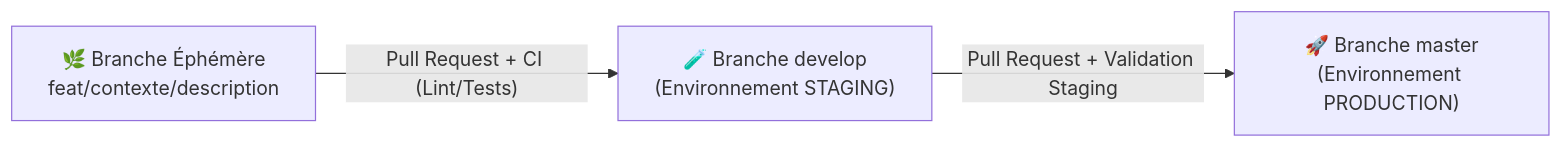
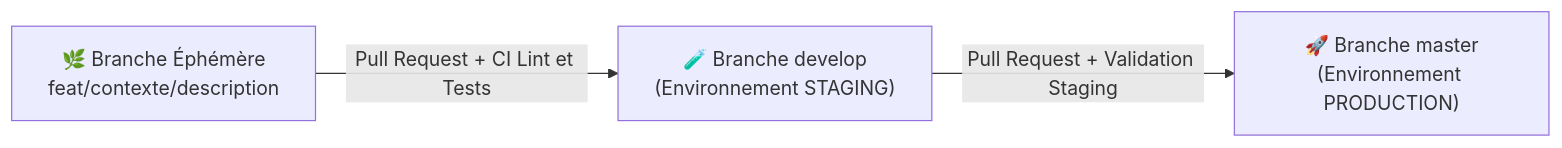
The diagram in docs/cicd/00.conventions_gitops.md (Anon31/data-skills-radar-docs), drawn with Mermaid before and after one commit. The commit also changed 2 other files, not shown here.

Commit message:
feat(docs): mise à jour du diagramme et du fichier README.md

````diff
--- a/docs/cicd/00.conventions_gitops.md
+++ b/docs/cicd/00.conventions_gitops.md
@@ -14,9 +14,9 @@
 ```mermaid
 flowchart LR
     FEAT["🌿 Branche Éphémère\nfeat/contexte/description"]
     DEV["🧪 Branche develop\n(Environnement STAGING)"]
     PROD["🚀 Branche master\n(Environnement PRODUCTION)"]
 
-    FEAT -->|"Pull Request + CI (Lint/Tests)"| DEV
-    DEV -->|"Pull Request + Validation Staging"| PROD
+    FEAT -->|Pull Request + CI Lint et Tests| DEV
+    DEV -->|Pull Request + Validation Staging| PROD
 ```
````
